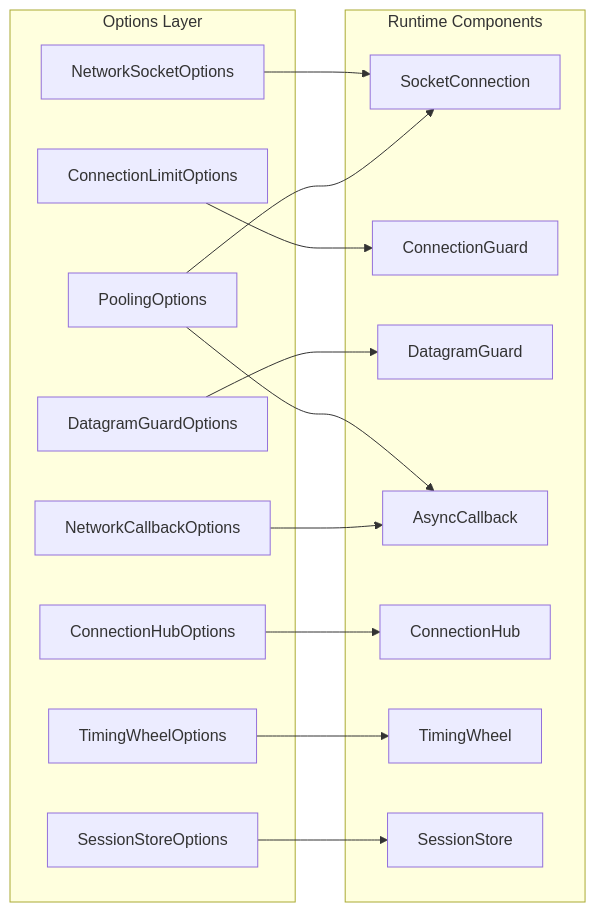
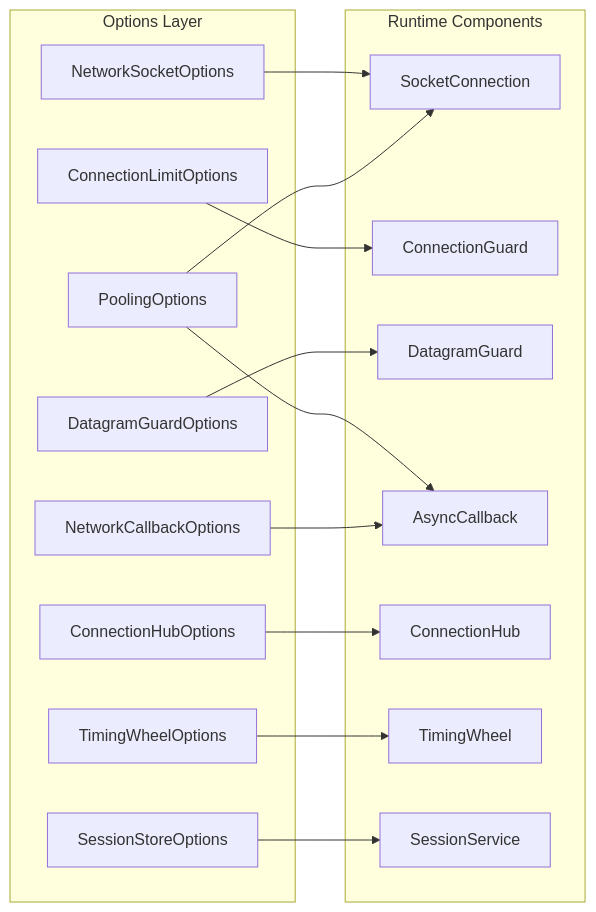
The diagram in docs/api/options/network/options.md (ppn-systems/Nalix), drawn with Mermaid before and after one commit. The commit also changed 14 other files, not shown here.

````diff
--- a/docs/api/options/network/options.md
+++ b/docs/api/options/network/options.md
@@ -9,35 +9,35 @@
 ```mermaid
 flowchart LR
     subgraph Config[Options Layer]
         NSO[NetworkSocketOptions]
         PO[PoolingOptions]
         CLO[ConnectionLimitOptions]
         DGO[DatagramGuardOptions]
         NCO[NetworkCallbackOptions]
         CHO[ConnectionHubOptions]
         TWO[TimingWheelOptions]
         SSO[SessionStoreOptions]
     end
 
     subgraph Runtime[Runtime Components]
         SC[SocketConnection]
         CG[ConnectionGuard]
         DG[DatagramGuard]
         AC[AsyncCallback]
         Hub[ConnectionHub]
         TW[TimingWheel]
-        SS[SessionStore]
+        SS[SessionService]
     end
 
     NSO --> SC
     PO --> SC
     PO --> AC
     
     CLO --> CG
     DGO --> DG
     NCO --> AC
     
     CHO --> Hub
     TWO --> TW
     SSO --> SS
 ```
````
